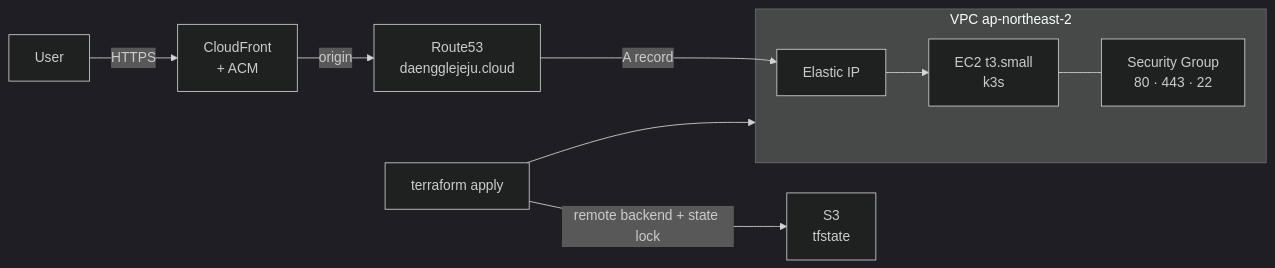
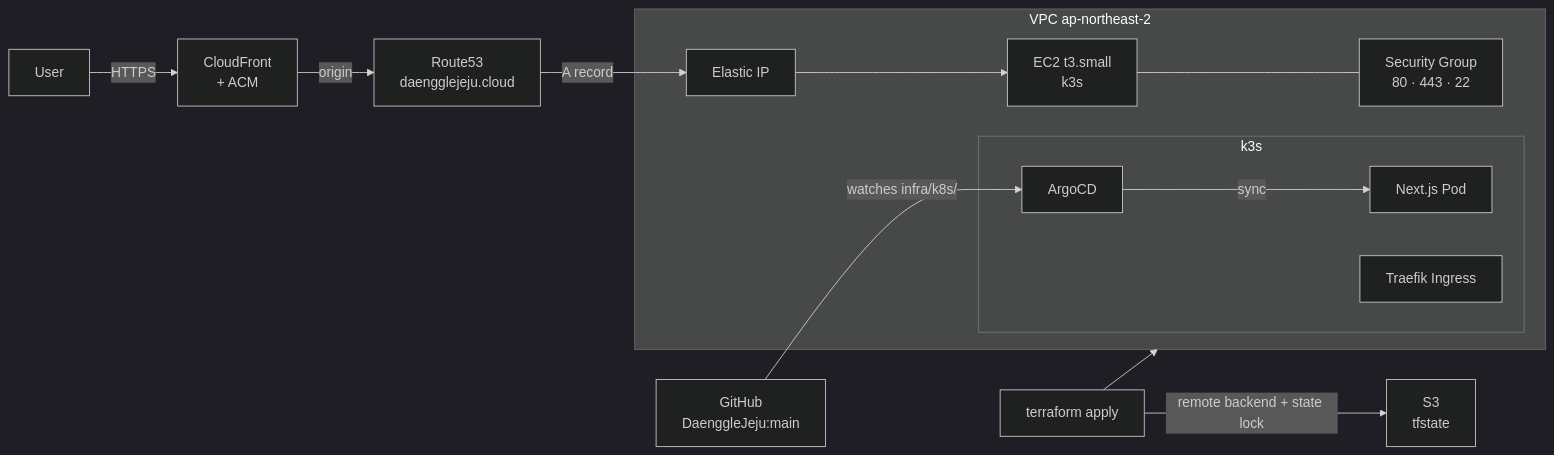
One commit to kweonsikyung/daengglejeju-infra changed the diagram in README.md. Above: the diagram before and after it, drawn with Mermaid (dark theme). The commit also changed other lines of this file and 3 other files, not shown here.

First line of the commit message:
feat: ArgoCD GitOps 배포 파이프라인 구성 (#5)

````diff
--- a/README.md
+++ b/README.md
@@ -13,14 +14,21 @@
 ```mermaid
 graph LR
   User -->|HTTPS| CF["CloudFront\n+ ACM"]
   CF -->|origin| R53["Route53\ndaengglejeju.cloud"]
   R53 -->|A record| EIP["Elastic IP"]
 
   subgraph VPC["VPC  ap-northeast-2"]
     EIP --> EC2["EC2 t3.small\nk3s"]
     EC2 --- SG["Security Group\n80 · 443 · 22"]
+    subgraph k3s["k3s"]
+      Traefik["Traefik Ingress"]
+      App["Next.js Pod"]
+      ArgoCD["ArgoCD"]
+    end
   end
 
   TF["terraform apply"] -->|remote backend + state lock| S3["S3\ntfstate"]
   TF --> VPC
+  GH["GitHub\nDaenggleJeju:main"] -->|watches infra/k8s/| ArgoCD
+  ArgoCD -->|sync| App
 ```
````
